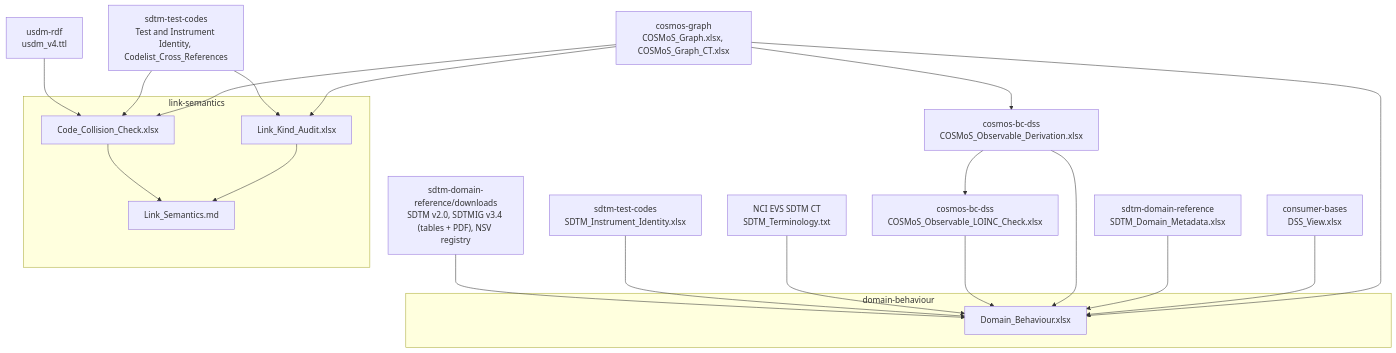
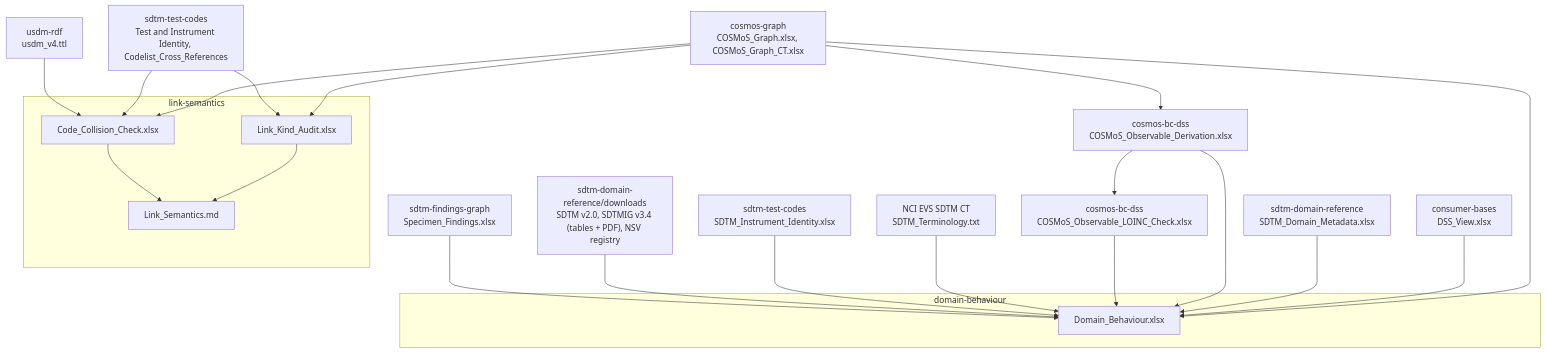
The second of 2 diagrams in docs/Data_Flow.md (kerfors/cdisc-for-ai), drawn with Mermaid before and after one commit. The commit also changed other lines of this file and 12 other files, not shown here.

````diff
--- a/docs/Data_Flow.md
+++ b/docs/Data_Flow.md
@@ -64,44 +64,46 @@
 ```mermaid
 graph TD
     CGX["cosmos-graph<br/>COSMoS_Graph.xlsx, COSMoS_Graph_CT.xlsx"]
     STC["sdtm-test-codes<br/>Test and Instrument Identity, Codelist_Cross_References"]
     USDM["usdm-rdf<br/>usdm_v4.ttl"]
 
     subgraph link-semantics
         LKA["Link_Kind_Audit.xlsx"]
         CCC["Code_Collision_Check.xlsx"]
         LS["Link_Semantics.md"]
     end
 
     CGX --> LKA
     STC --> LKA
     CGX --> CCC
     STC --> CCC
     USDM --> CCC
 
     LKA --> LS
     CCC --> LS
 
     DV["consumer-bases<br/>DSS_View.xlsx"]
     DM["sdtm-domain-reference<br/>SDTM_Domain_Metadata.xlsx"]
     OD["cosmos-bc-dss<br/>COSMoS_Observable_Derivation.xlsx"]
     OL["cosmos-bc-dss<br/>COSMoS_Observable_LOINC_Check.xlsx"]
     EVSX["NCI EVS SDTM CT<br/>SDTM_Terminology.txt"]
     SI["sdtm-test-codes<br/>SDTM_Instrument_Identity.xlsx"]
     SV["sdtm-domain-reference/downloads<br/>SDTM v2.0, SDTMIG v3.4 (tables + PDF), NSV registry"]
+    SFX["sdtm-findings-graph<br/>Specimen_Findings.xlsx"]
 
     subgraph domain-behaviour
         DB["Domain_Behaviour.xlsx"]
     end
 
     CGX --> DB
     DV --> DB
     DM --> DB
     CGX --> OD
     OD --> DB
     OD --> OL
     OL --> DB
     EVSX --> DB
     SI --> DB
     SV --> DB
+    SFX --> DB
 ```
````
